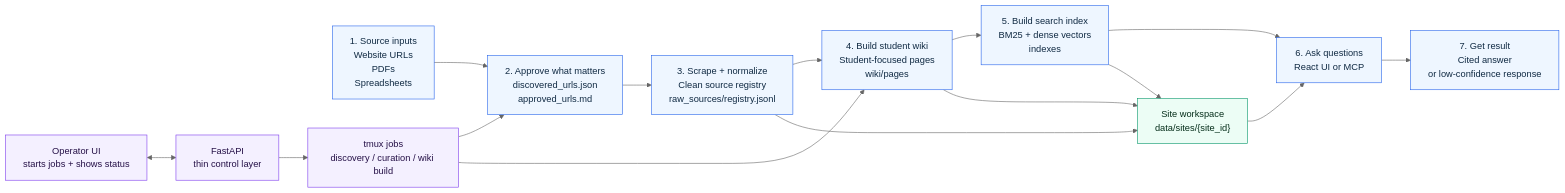
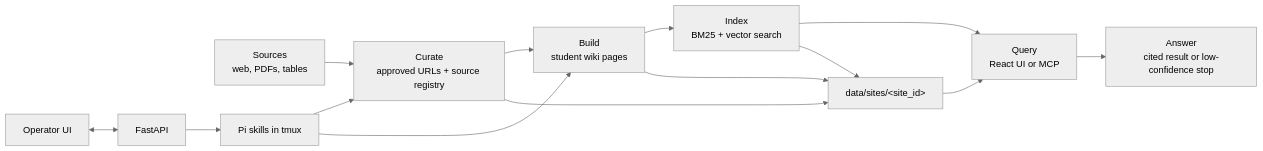
One commit to yawbtng/SMU_Wiki_Agent changed the diagram in README.md. Above: the diagram before and after it, drawn with Mermaid (neutral theme). The commit also changed other lines of this file and 16 other files, not shown here.

````diff
--- a/README.md
+++ b/README.md
@@ -59,34 +17,25 @@
 ```mermaid
 flowchart LR
-    inputs["1. Source inputs<br/>Website URLs<br/>PDFs<br/>Spreadsheets"]
-    approve["2. Approve what matters<br/>discovered_urls.json<br/>approved_urls.md"]
-    raw["3. Scrape + normalize<br/>Clean source registry<br/>raw_sources/registry.jsonl"]
-    wiki["4. Build student wiki<br/>Student-focused pages<br/>wiki/pages"]
-    index["5. Build search index<br/>BM25 + dense vectors<br/>indexes"]
-    query["6. Ask questions<br/>React UI or MCP"]
-    answer["7. Get result<br/>Cited answer<br/>or low-confidence response"]
+    sources["Sources<br/>web, PDFs, tables"]
+    curate["Curate<br/>approved URLs + source registry"]
+    build["Build<br/>student wiki pages"]
+    index["Index<br/>BM25 + vector search"]
+    query["Query<br/>React UI or MCP"]
+    answer["Answer<br/>cited result or low-confidence stop"]
 
-    inputs --> approve --> raw --> wiki --> index --> query --> answer
+    sources --> curate --> build --> index --> query --> answer
 
-    ui["Operator UI<br/>starts jobs + shows status"]
-    api["FastAPI<br/>thin control layer"]
-    jobs["tmux jobs<br/>discovery / curation / wiki build"]
-    store["Site workspace<br/>data/sites/{site_id}"]
+    ui["Operator UI"]
+    api["FastAPI"]
+    jobs["Pi skills in tmux"]
+    data["data/sites/&lt;site_id&gt;"]
 
     ui <--> api
     api --> jobs
-    jobs --> approve
-    jobs --> wiki
-    raw --> store
-    wiki --> store
-    index --> store
-    store --> query
-
-    classDef main fill:#eef6ff,stroke:#2563eb,stroke-width:1px,color:#102a43
-    classDef control fill:#f4f0ff,stroke:#7c3aed,stroke-width:1px,color:#251047
-    classDef store fill:#ecfdf5,stroke:#059669,stroke-width:1px,color:#052e1a
-
-    class inputs,approve,raw,wiki,index,query,answer main
-    class ui,api,jobs control
-    class store store
+    jobs --> curate
+    jobs --> build
+    curate --> data
+    build --> data
+    index --> data
+    data --> query
 ```
````
